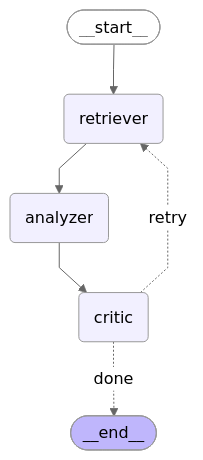
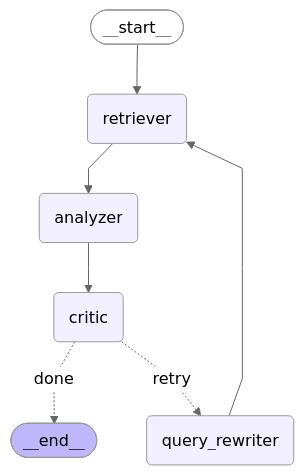
The second of 2 diagrams in README.md (choeyunbeom/finscope), drawn with Mermaid (neutral theme) before and after one commit. The commit also changed other lines of this file and 6 other files, not shown here.

First line of the commit message:
refactor: production hardening — query rewriter, async API, BM25 caching, critic FP fix

````diff
--- a/README.md
+++ b/README.md
@@ -125,21 +127,23 @@
 ```mermaid
 ---
 config:
   flowchart:
     curve: linear
 ---
 graph TD;
 	__start__([<p>__start__</p>]):::first
 	retriever(retriever)
 	analyzer(analyzer)
 	critic(critic)
+	query_rewriter(query_rewriter)
 	__end__([<p>__end__</p>]):::last
 	__start__ --> retriever;
+	retriever --> analyzer;
 	analyzer --> critic;
 	critic -. &nbsp;done&nbsp; .-> __end__;
-	critic -. &nbsp;retry&nbsp; .-> retriever;
-	retriever --> analyzer;
+	critic -. &nbsp;retry&nbsp; .-> query_rewriter;
+	query_rewriter --> retriever;
 	classDef default fill:#f2f0ff,line-height:1.2
 	classDef first fill-opacity:0
 	classDef last fill:#bfb6fc
 ```
````
